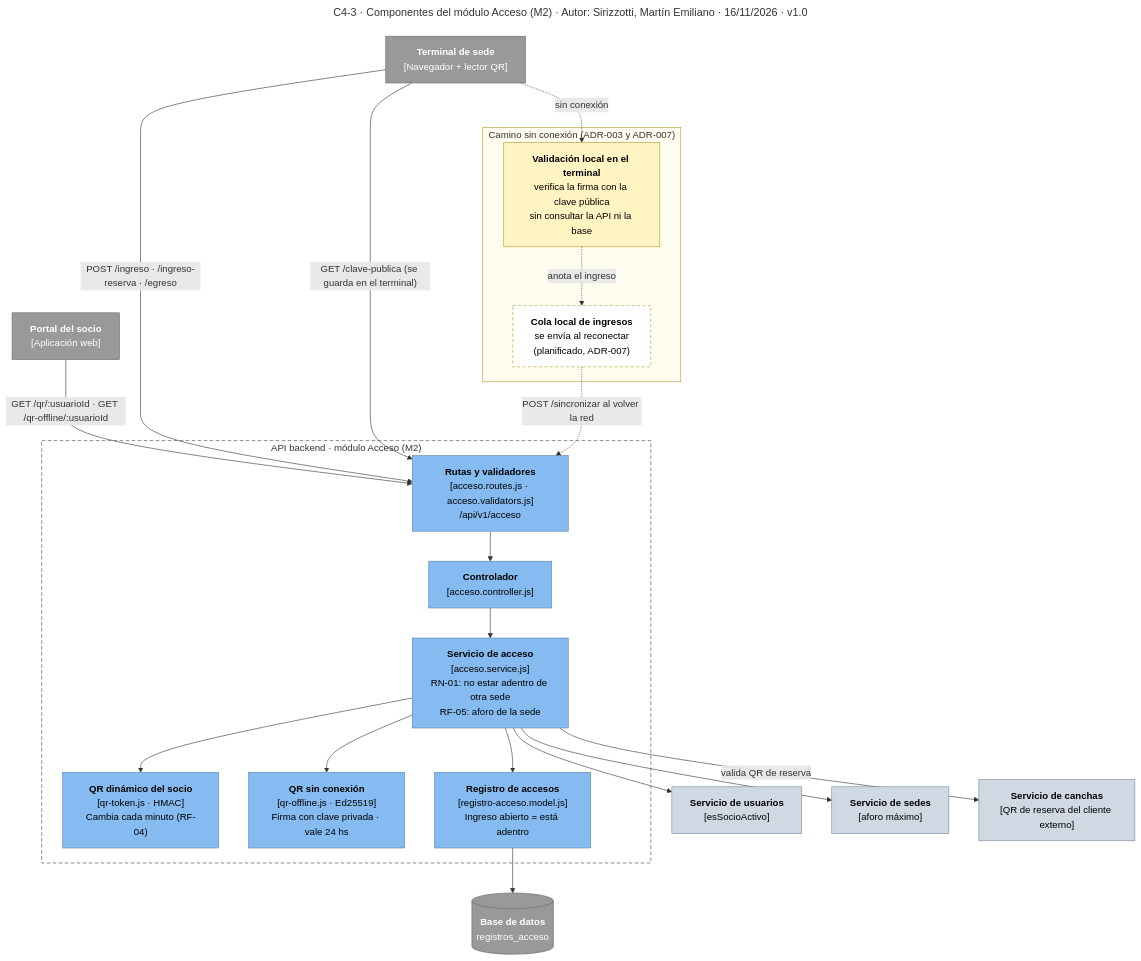
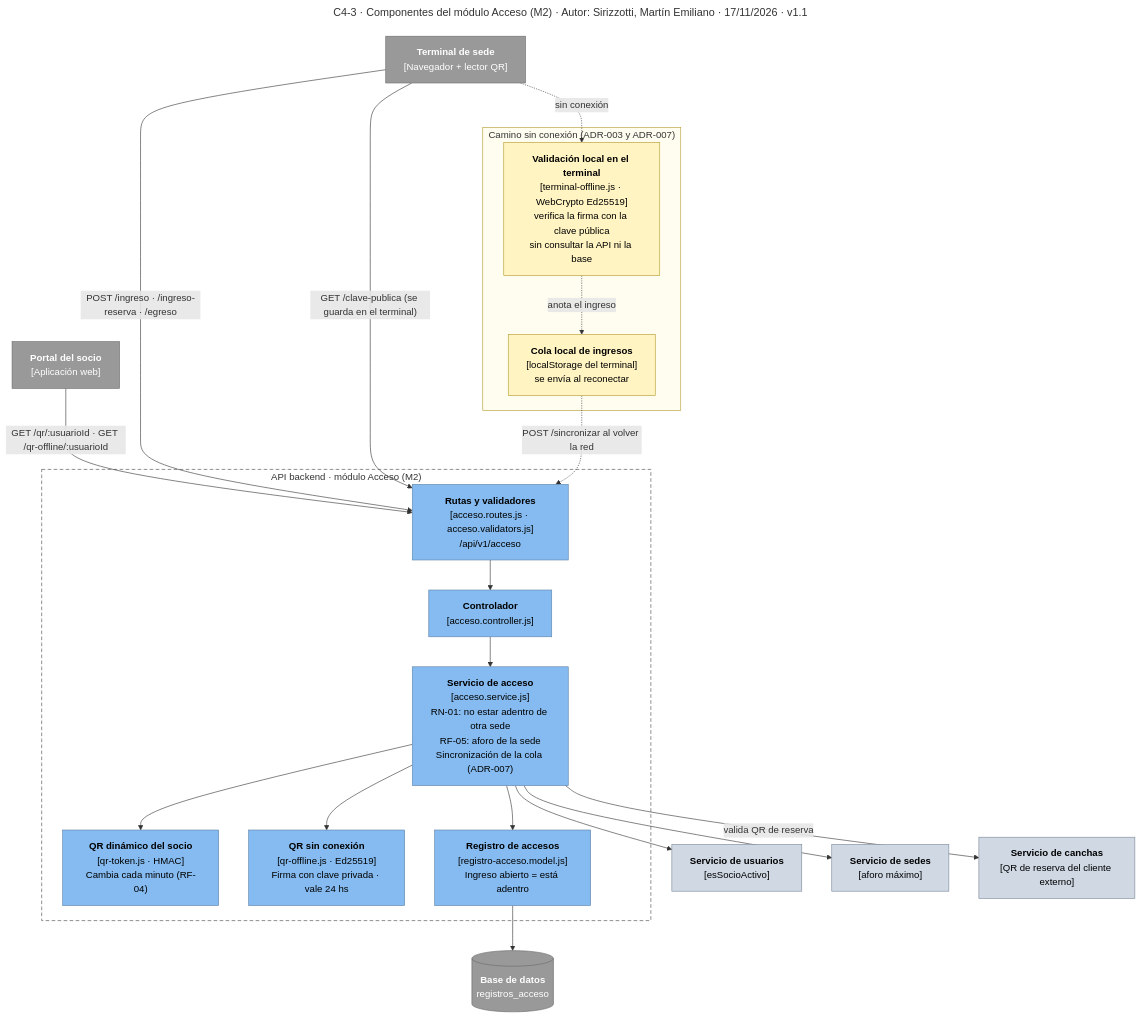
One commit to JackCannon92/TPI-Programaci-n-V---FitZone-Sport changed the diagram in Backend/docs/diagramas/c4-3-acceso.mmd. Above: the diagram before and after it, drawn with Mermaid. The commit also changed 8 other files, not shown here.

First line of the commit message:
docs: ADR-007 implementado, diagramas de acceso v1.1 y manual de instalación

```diff
--- a/Backend/docs/diagramas/c4-3-acceso.mmd
+++ b/Backend/docs/diagramas/c4-3-acceso.mmd
@@ -1,48 +1,47 @@
 ---
-title: "C4-3 · Componentes del módulo Acceso (M2) · Autor: Sirizzotti, Martín Emiliano · 16/11/2026 · v1.0"
+title: "C4-3 · Componentes del módulo Acceso (M2) · Autor: Sirizzotti, Martín Emiliano · 17/11/2026 · v1.1"
 ---
 %% Fuente: Backend/src/modules/acceso y core/compositionRoot.js. Borrador generado con IA (Claude) y revisado por el autor.
 flowchart TB
   portal["<b>Portal del socio</b><br/>[Aplicación web]"]:::externo
   terminal["<b>Terminal de sede</b><br/>[Navegador + lector QR]"]:::externo
 
   subgraph api["API backend · módulo Acceso (M2)"]
     rutas["<b>Rutas y validadores</b><br/>[acceso.routes.js · acceso.validators.js]<br/>/api/v1/acceso"]:::comp
     ctrl["<b>Controlador</b><br/>[acceso.controller.js]"]:::comp
-    svc["<b>Servicio de acceso</b><br/>[acceso.service.js]<br/>RN-01: no estar adentro de otra sede<br/>RF-05: aforo de la sede"]:::comp
+    svc["<b>Servicio de acceso</b><br/>[acceso.service.js]<br/>RN-01: no estar adentro de otra sede<br/>RF-05: aforo de la sede<br/>Sincronización de la cola (ADR-007)"]:::comp
     qrdin["<b>QR dinámico del socio</b><br/>[qr-token.js · HMAC]<br/>Cambia cada minuto (RF-04)"]:::comp
     qroff["<b>QR sin conexión</b><br/>[qr-offline.js · Ed25519]<br/>Firma con clave privada · vale 24 hs"]:::comp
     reg["<b>Registro de accesos</b><br/>[registro-acceso.model.js]<br/>Ingreso abierto = está adentro"]:::comp
   end
 
   usuarios["<b>Servicio de usuarios</b><br/>[esSocioActivo]"]:::otro
   sedes["<b>Servicio de sedes</b><br/>[aforo máximo]"]:::otro
   canchas["<b>Servicio de canchas</b><br/>[QR de reserva del cliente externo]"]:::otro
   db[("<b>Base de datos</b><br/>registros_acceso")]:::externo
 
   portal -- "GET /qr/:usuarioId · GET /qr-offline/:usuarioId" --> rutas
   terminal -- "POST /ingreso · /ingreso-reserva · /egreso" --> rutas
   terminal -- "GET /clave-publica (se guarda en el terminal)" --> rutas
   rutas --> ctrl --> svc
   svc --> qrdin
   svc --> qroff
   svc --> usuarios
   svc --> sedes
   svc -- "valida QR de reserva" --> canchas
   svc --> reg --> db
 
   subgraph offline["Camino sin conexión (ADR-003 y ADR-007)"]
-    val["<b>Validación local en el terminal</b><br/>verifica la firma con la clave pública<br/>sin consultar la API ni la base"]:::local
-    cola["<b>Cola local de ingresos</b><br/>se envía al reconectar<br/>(planificado, ADR-007)"]:::planificado
+    val["<b>Validación local en el terminal</b><br/>[terminal-offline.js · WebCrypto Ed25519]<br/>verifica la firma con la clave pública<br/>sin consultar la API ni la base"]:::local
+    cola["<b>Cola local de ingresos</b><br/>[localStorage del terminal]<br/>se envía al reconectar"]:::local
   end
   terminal -. "sin conexión" .-> val
   val -. "anota el ingreso" .-> cola
   cola -. "POST /sincronizar al volver la red" .-> rutas
 
   classDef comp fill:#85bbf0,stroke:#5d82a8,color:#000
   classDef otro fill:#cfd8e3,stroke:#7a8899,color:#000
   classDef externo fill:#999999,stroke:#6b6b6b,color:#fff
   classDef local fill:#fff4c2,stroke:#b39b2d,color:#000
-  classDef planificado fill:#ffffff,stroke:#b39b2d,color:#000,stroke-dasharray:5 4
   style api fill:#ffffff,stroke:#444,stroke-dasharray:6 4
   style offline fill:#fffdf0,stroke:#b39b2d
```
